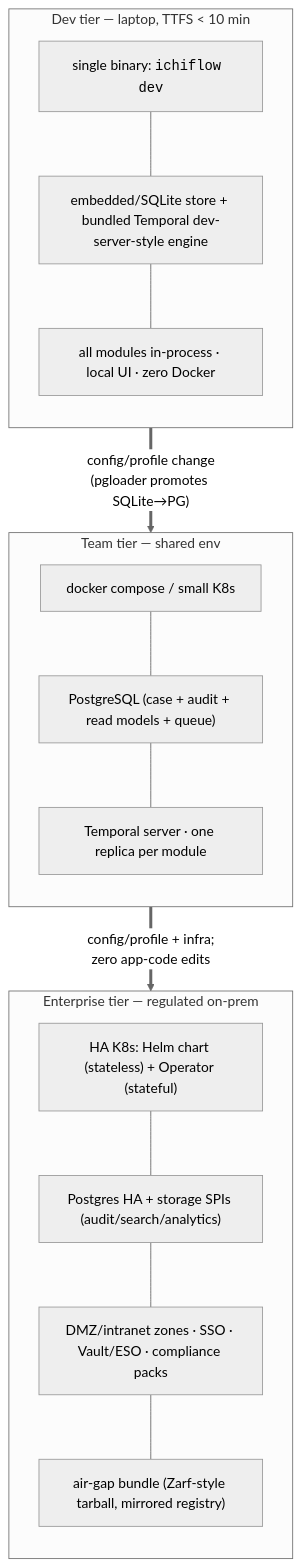
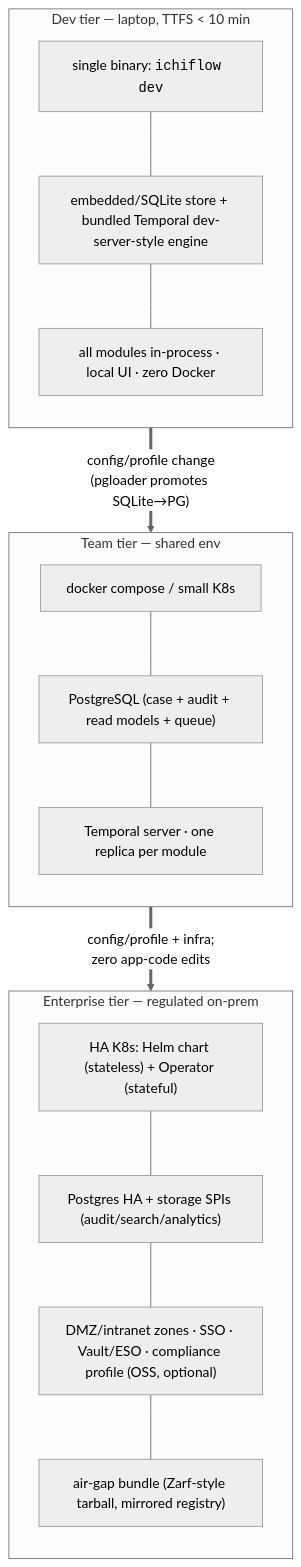
One commit to aniruddha-adhikary/ichiflow changed the second of 3 diagrams in docs/architecture/09-deployment-and-topology.md. Above: the diagram before and after it, drawn with Mermaid (neutral theme). The commit also changed other lines of this file and 3 other files, not shown here.

````diff
--- a/docs/architecture/09-deployment-and-topology.md
+++ b/docs/architecture/09-deployment-and-topology.md
@@ -137,27 +140,27 @@
 ```mermaid
 flowchart TB
   subgraph DEV["Dev tier — laptop, TTFS < 10 min"]
     direction TB
     d1["single binary: <code>ichiflow dev</code>"]
     d2["embedded/SQLite store + bundled Temporal dev-server-style engine"]
     d3["all modules in-process · local UI · zero Docker"]
     d1 --- d2 --- d3
   end
   subgraph TEAM["Team tier — shared env"]
     direction TB
     t1["docker compose / small K8s"]
     t2["PostgreSQL (case + audit + read models + queue)"]
     t3["Temporal server · one replica per module"]
     t1 --- t2 --- t3
   end
   subgraph ENT["Enterprise tier — regulated on-prem"]
     direction TB
     e1["HA K8s: Helm chart (stateless) + Operator (stateful)"]
     e2["Postgres HA + storage SPIs (audit/search/analytics)"]
-    e3["DMZ/intranet zones · SSO · Vault/ESO · compliance packs"]
+    e3["DMZ/intranet zones · SSO · Vault/ESO · compliance profile (OSS, optional)"]
     e4["air-gap bundle (Zarf-style tarball, mirrored registry)"]
     e1 --- e2 --- e3 --- e4
   end
   DEV ==>|"config/profile change<br/>(pgloader promotes SQLite→PG)"| TEAM
   TEAM ==>|"config/profile + infra;<br/>zero app-code edits"| ENT
 ```
````
